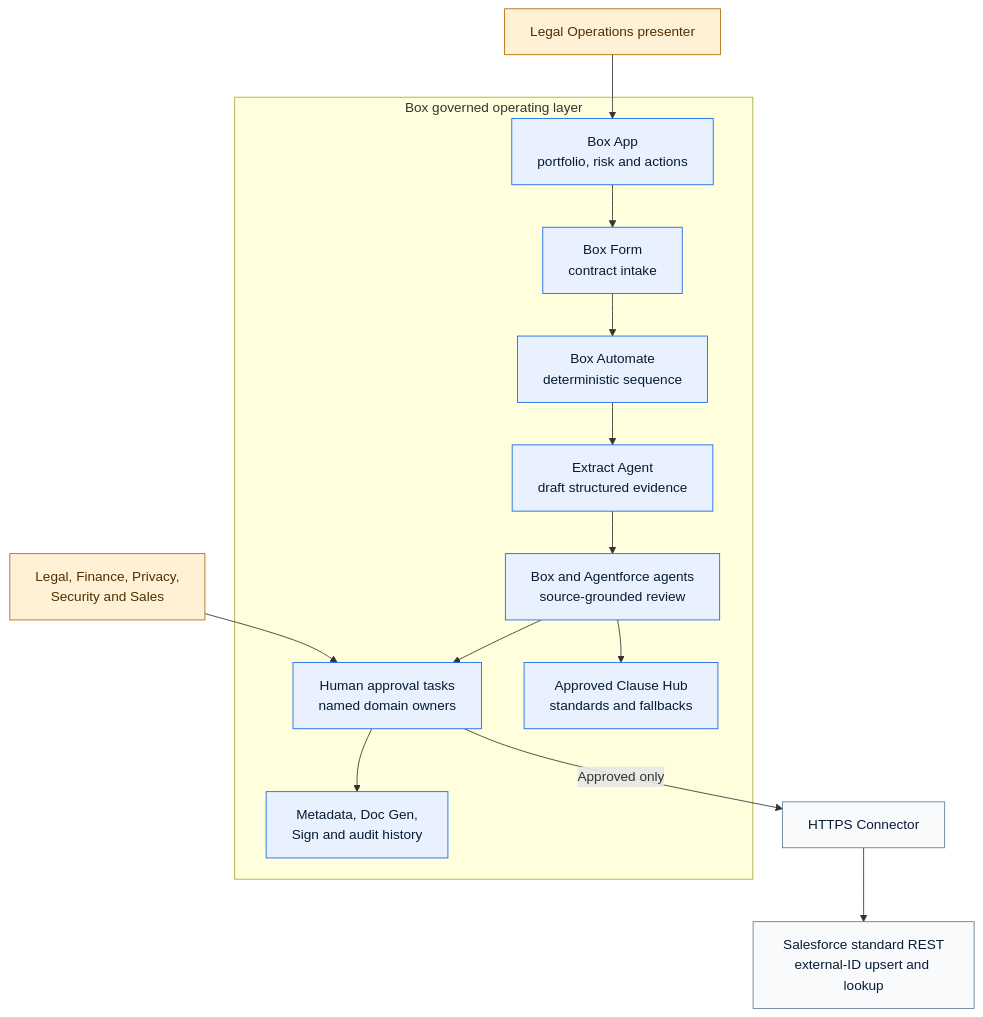
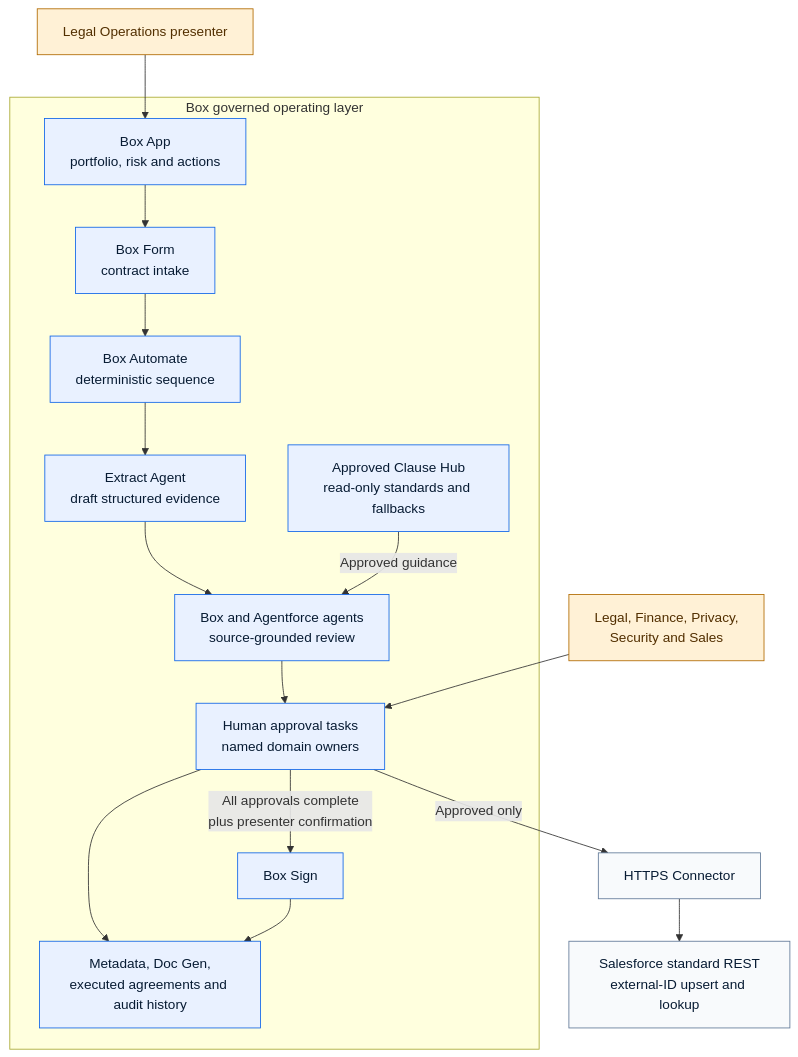
Before and after one commit to unofficialbox/box-bedrock-for-clm: the diagram in docs/diagrams/governed-workflow-architecture.mmd, drawn with Mermaid. The commit also changed 3 other files, not shown here.

```diff
--- a/docs/diagrams/governed-workflow-architecture.mmd
+++ b/docs/diagrams/governed-workflow-architecture.mmd
@@ -1,23 +1,25 @@
 flowchart TB
     Presenter["Legal Operations presenter"] --> App["Box App<br/>portfolio, risk and actions"]
 
     subgraph Box["Box governed operating layer"]
         App --> Form["Box Form<br/>contract intake"]
         Form --> Automate["Box Automate<br/>deterministic sequence"]
         Automate --> Extract["Extract Agent<br/>draft structured evidence"]
         Extract --> Agents["Box and Agentforce agents<br/>source-grounded review"]
+        Hub["Approved Clause Hub<br/>read-only standards and fallbacks"] -->|"Approved guidance"| Agents
         Agents --> Tasks["Human approval tasks<br/>named domain owners"]
-        Agents --> Hub["Approved Clause Hub<br/>standards and fallbacks"]
-        Tasks --> Content["Metadata, Doc Gen,<br/>Sign and audit history"]
+        Tasks --> Content["Metadata, Doc Gen,<br/>executed agreements and audit history"]
+        Tasks -->|"All approvals complete<br/>plus presenter confirmation"| Sign["Box Sign"]
+        Sign --> Content
     end
 
     Tasks -->|"Approved only"| Connector["HTTPS Connector"]
     Connector --> Salesforce["Salesforce standard REST<br/>external-ID upsert and lookup"]
     Humans["Legal, Finance, Privacy,<br/>Security and Sales"] --> Tasks
 
     classDef box fill:#e9f1ff,stroke:#1166e8,color:#071b33
     classDef system fill:#f8fafc,stroke:#627a98,color:#071b33
     classDef human fill:#fff1d6,stroke:#b16a00,color:#522f00
-    class App,Form,Automate,Extract,Agents,Tasks,Hub,Content box
+    class App,Form,Automate,Extract,Agents,Tasks,Hub,Content,Sign box
     class Connector,Salesforce system
     class Presenter,Humans human
```
